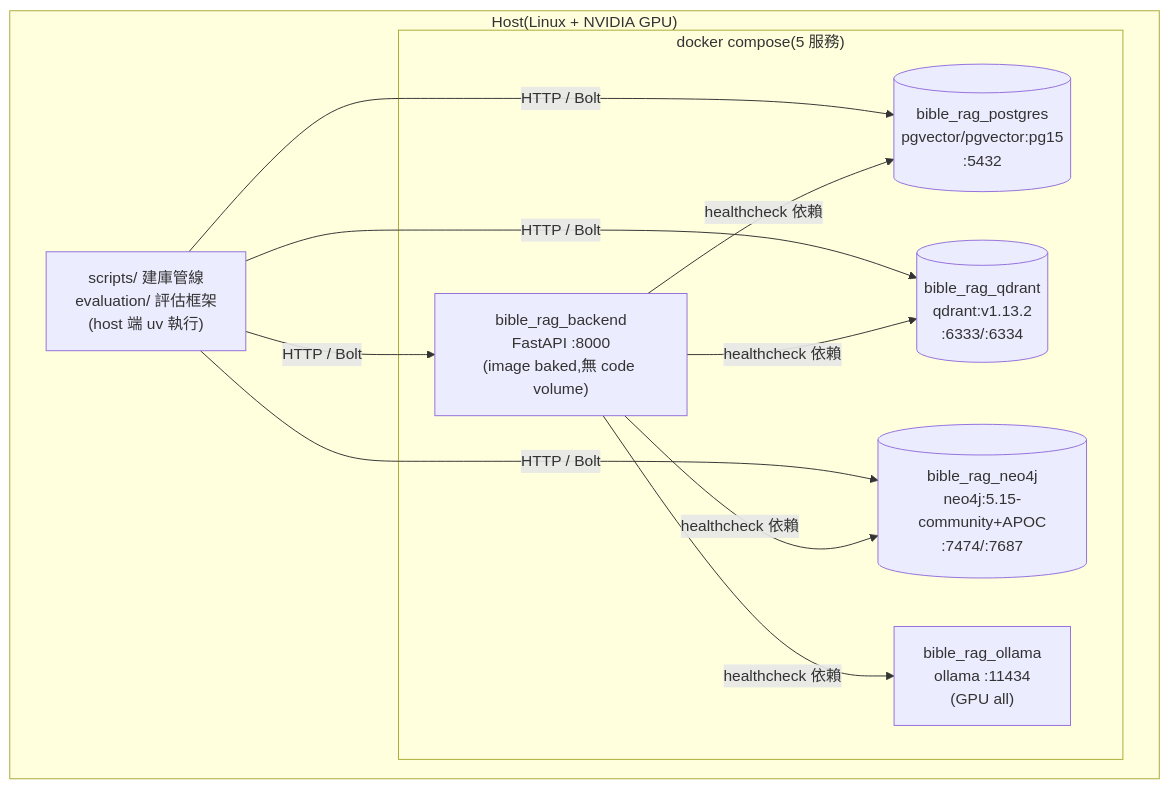
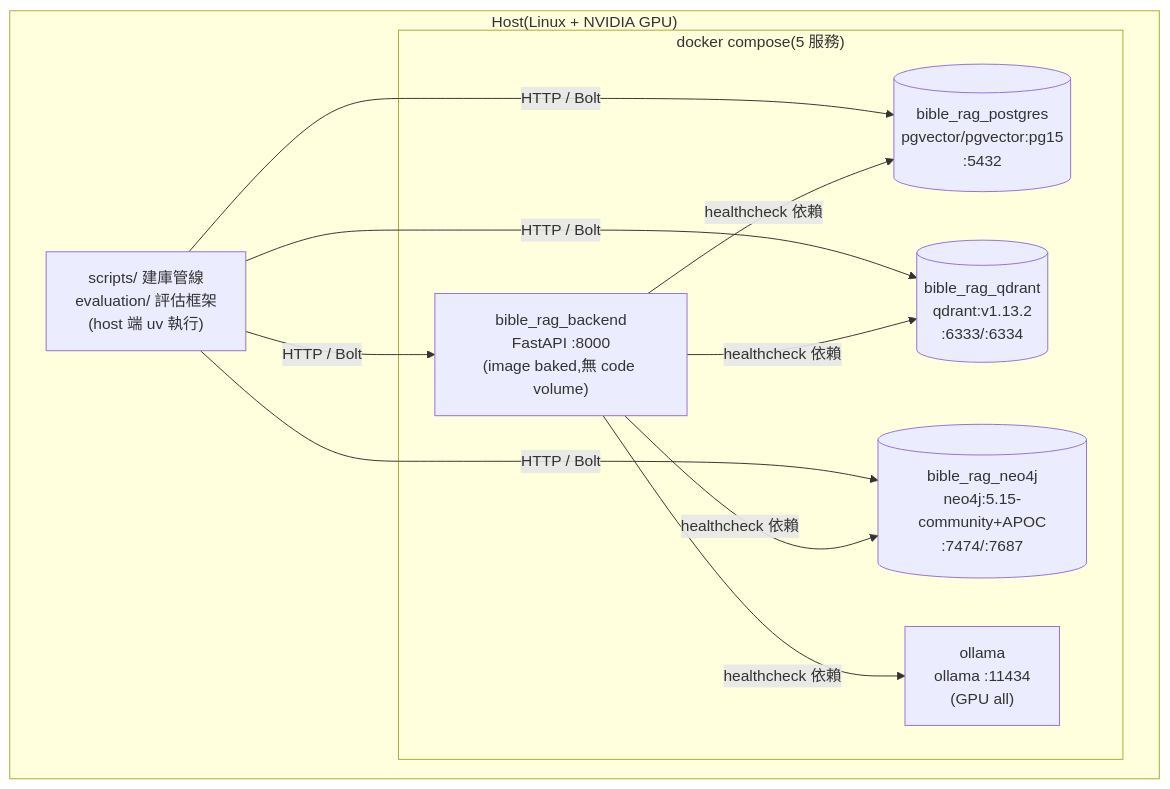
One commit to KenZx0521/Bible_RAG changed diagram 11 of 11 in docs/ARCHITECTURE.md. Above: the diagram before and after it, drawn with Mermaid. The commit also changed 3 other files, not shown here.

````diff
--- a/docs/ARCHITECTURE.md
+++ b/docs/ARCHITECTURE.md
@@ -557,15 +557,15 @@
 ```mermaid
 flowchart TB
     subgraph HOST["Host(Linux + NVIDIA GPU)"]
         subgraph COMPOSE["docker compose(5 服務)"]
             BE["bible_rag_backend<br/>FastAPI :8000<br/>(image baked,無 code volume)"]
             PG[("bible_rag_postgres<br/>pgvector/pgvector:pg15<br/>:5432")]
             QD[("bible_rag_qdrant<br/>qdrant:v1.13.2<br/>:6333/:6334")]
             NEO[("bible_rag_neo4j<br/>neo4j:5.15-community+APOC<br/>:7474/:7687")]
-            OL["bible_rag_ollama<br/>ollama :11434<br/>(GPU all)"]
+            OL["ollama<br/>ollama :11434<br/>(GPU all)"]
         end
         SCRIPTS["scripts/ 建庫管線<br/>evaluation/ 評估框架<br/>(host 端 uv 執行)"]
     end
     BE -- "healthcheck 依賴" --> PG & QD & NEO & OL
     SCRIPTS -- "HTTP / Bolt" --> BE & PG & QD & NEO
 ```
````
